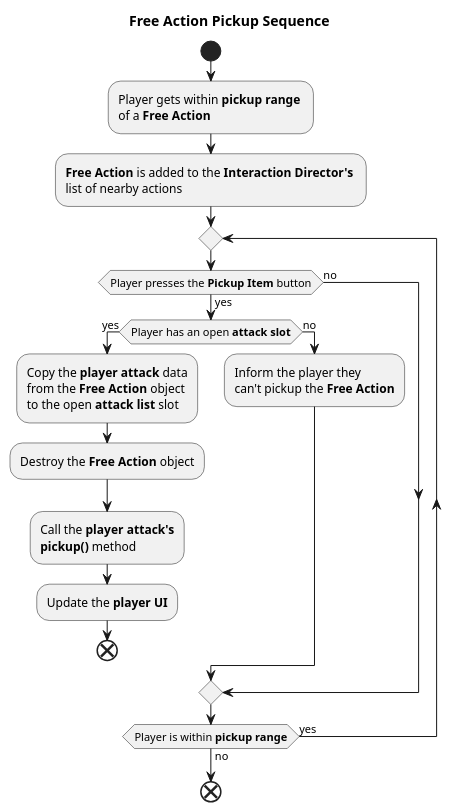
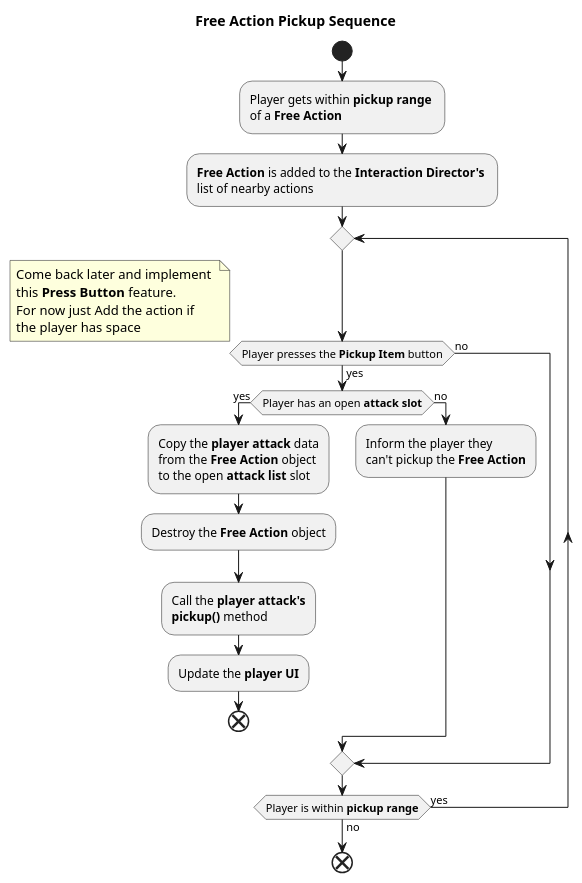
The diagram in UML-Diagrams/src/Free_Action_Pickup_Sequence.puml (kjtkanaly/Roguelike-Shoot-Em-Up), drawn with PlantUML before and after one commit.

Commit message:
Added a note on a feature to come back to later

```diff
--- a/UML-Diagrams/src/Free_Action_Pickup_Sequence.puml
+++ b/UML-Diagrams/src/Free_Action_Pickup_Sequence.puml
@@ -1,44 +1,51 @@
 @startuml Free_Action_Pickup_Sequence
 title Free Action Pickup Sequence
 
 start
 
 :Player gets within **pickup range** \nof a **Free Action**;
 
 :**Free Action** is added to the **Interaction Director's** \nlist of nearby actions;
 
 repeat
 
     if (Player presses the **Pickup Item** button) then (yes)
+
+    note left
+        Come back later and implement 
+        this **Press Button** feature.
+        For now just Add the action if
+        the player has space
+    end note
 
         if (Player has an open **attack slot**) then (yes)
 
             :Copy the **player attack** data
             from the **Free Action** object
             to the open **attack list** slot;
 
             :Destroy the **Free Action** object;
 
             :Call the **player attack's**
             **pickup()** method;
 
             :Update the **player UI**;
 
             end
 
         else (no)
 
             :Inform the player they 
             can't pickup the **Free Action**;
 
         endif
 
     else (no)
 
     endif
 
 repeat while(Player is within **pickup range**) is (yes) not (no)
 
 end
 
 @enduml
```
